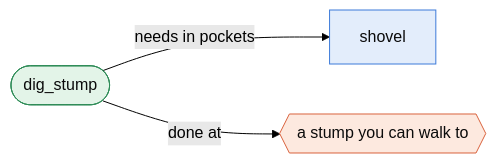
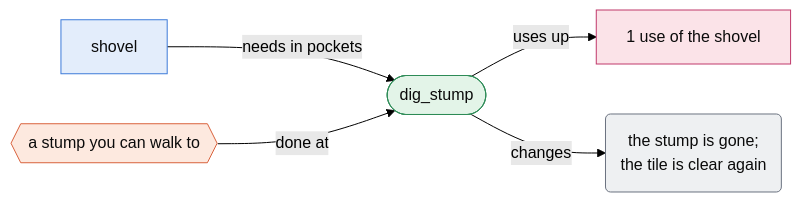
Diagram 11 of 41 in docs/actions.md (harjonillo/multiagent-island), drawn with Mermaid (forest theme) before and after one commit. The commit also changed other lines of this file and 9 other files, not shown here.

````diff
--- a/docs/actions.md
+++ b/docs/actions.md
@@ -269,13 +479,20 @@
 ```mermaid
 flowchart LR
     classDef act fill:#e3f4e8,stroke:#2e8b57,color:#0b0b0b
     classDef item fill:#e3edfb,stroke:#3d7bd9,color:#0b0b0b
     classDef place fill:#fde9df,stroke:#d9623d,color:#0b0b0b
     classDef cond fill:#fdf3d6,stroke:#eda100,color:#0b0b0b
+    classDef gain fill:#dff3f1,stroke:#1a8a7d,color:#0b0b0b
+    classDef spend fill:#fbe3e8,stroke:#c0396b,color:#0b0b0b
+    classDef change fill:#eef0f2,stroke:#6b7280,color:#0b0b0b
     A(["dig_stump"])
-    A -- "needs in pockets" --> I0["shovel"]
-    A -- "done at" --> P0{{"a stump you can walk to"}}
+    It0["shovel"] -- "needs in pockets" --> A
+    Pl0{{"a stump you can walk to"}} -- "done at" --> A
+    A -- "uses up" --> Sp0["1 use of the shovel"]
+    A -- "changes" --> Ch0("the stump is gone;<br/>the tile is clear again")
     class A act
-    class I0 item
-    class P0 place
+    class It0 item
+    class Pl0 place
+    class Sp0 spend
+    class Ch0 change
 ```
````
